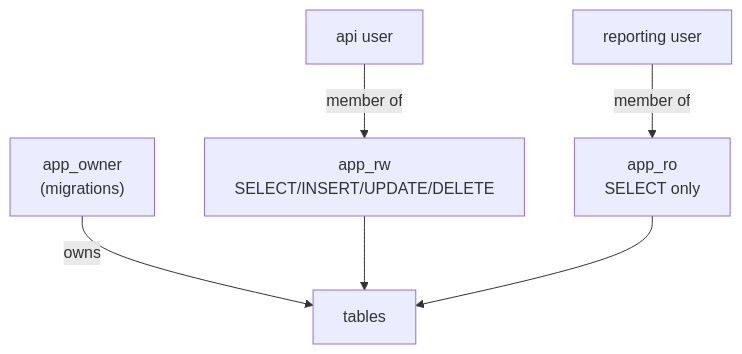
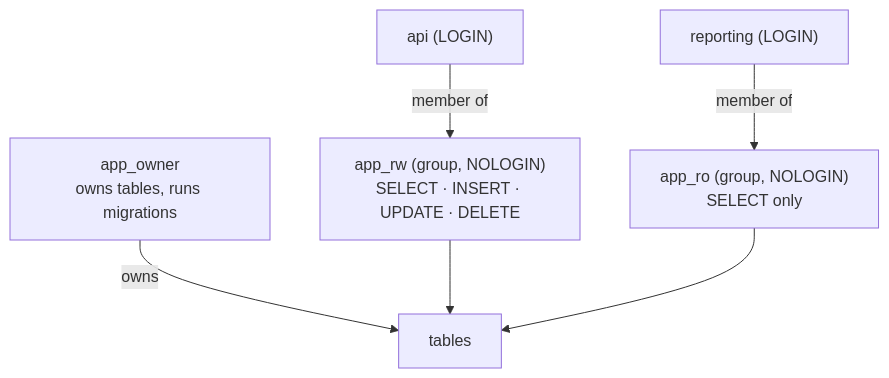
Before and after one commit to wesamkhateeb98-creator/postgresql-zero-to-hero: the first of 2 diagrams in Doc/08-ops-scaling/01-roles-rls.md, drawn with Mermaid. The commit also changed other lines of this file and 29 other files, not shown here.

````diff
--- a/Doc/08-ops-scaling/01-roles-rls.md
+++ b/Doc/08-ops-scaling/01-roles-rls.md
@@ -5,8 +8,8 @@
 ```mermaid
 flowchart TD
-    O["app_owner<br/>(migrations)"] -->|"owns"| T["tables"]
-    RW["app_rw<br/>SELECT/INSERT/UPDATE/DELETE"] --> T
-    RO["app_ro<br/>SELECT only"] --> T
-    API["api user"] -->|"member of"| RW
-    BI["reporting user"] -->|"member of"| RO
+    O["app_owner<br/>owns tables, runs migrations"] -->|"owns"| T["tables"]
+    RW["app_rw (group, NOLOGIN)<br/>SELECT · INSERT · UPDATE · DELETE"] --> T
+    RO["app_ro (group, NOLOGIN)<br/>SELECT only"] --> T
+    API["api (LOGIN)"] -->|"member of"| RW
+    BI["reporting (LOGIN)"] -->|"member of"| RO
 ```
````
